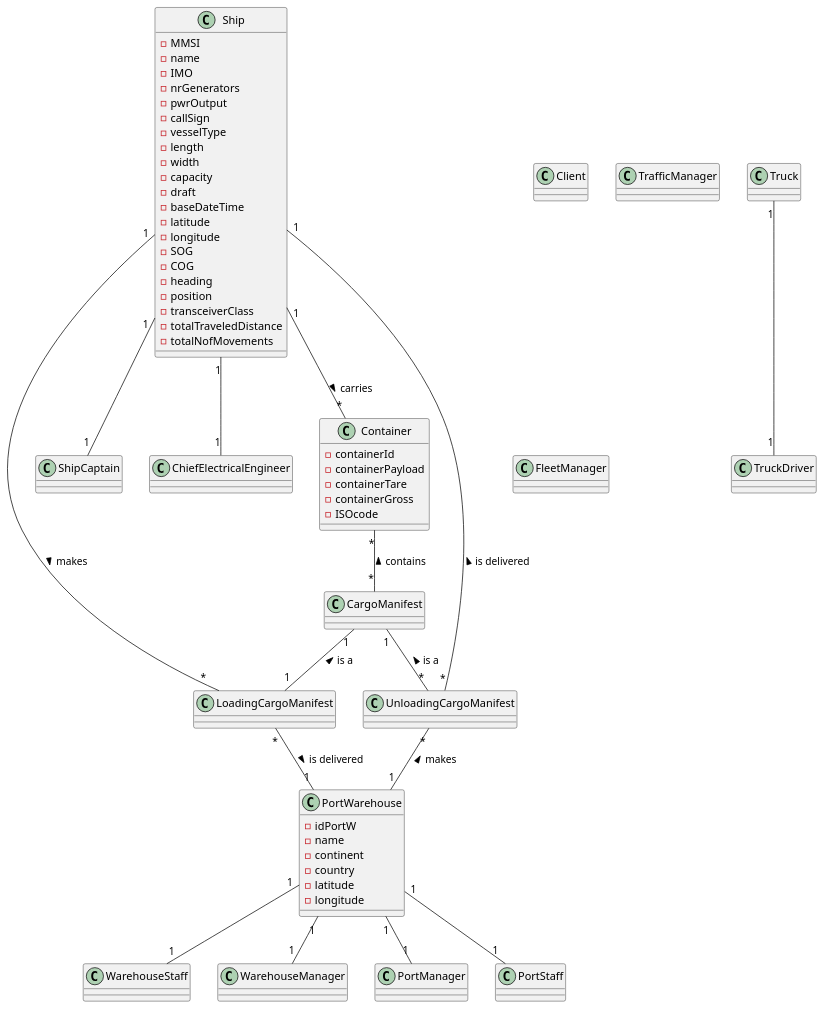
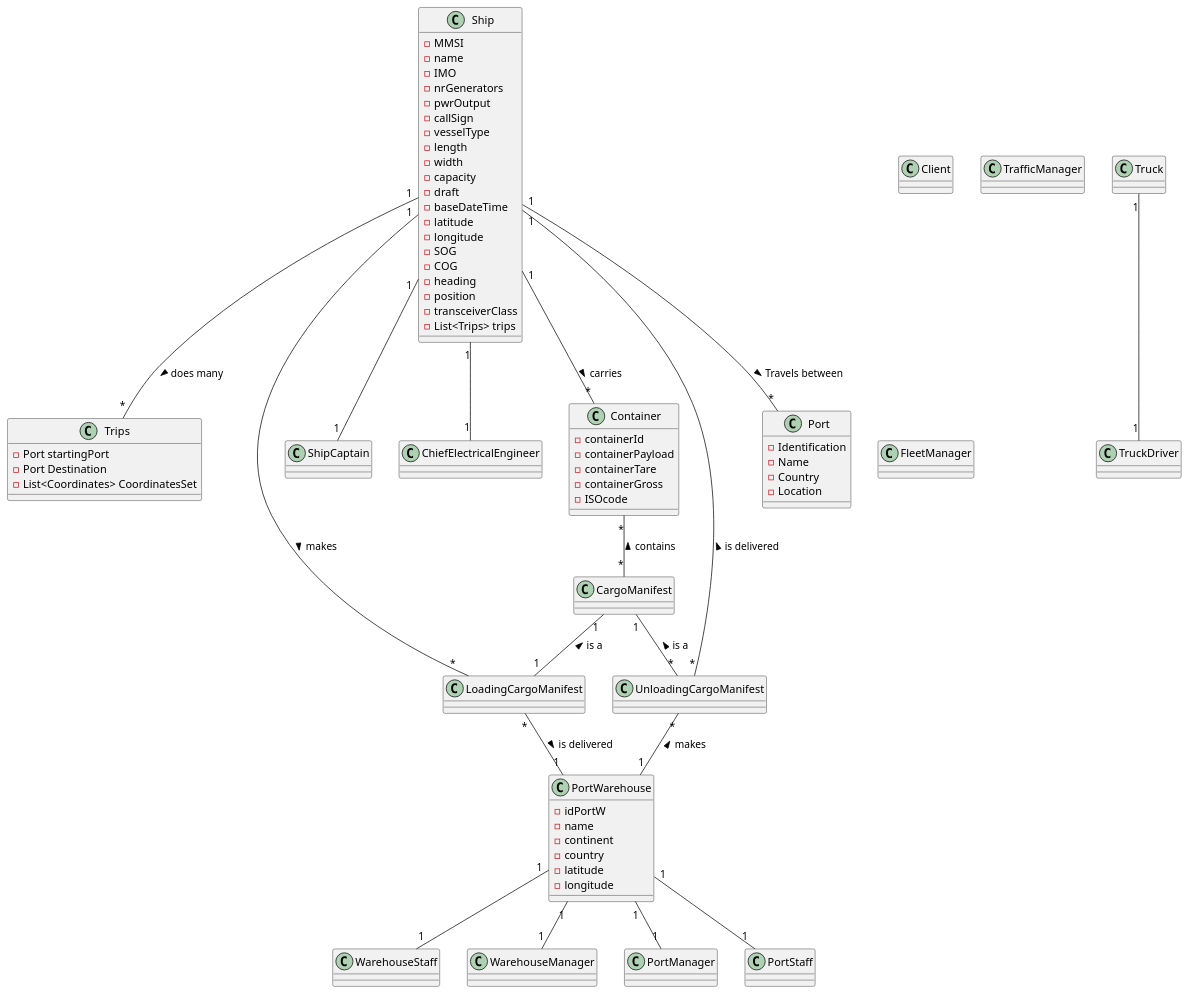
The diagram in docs/Sprint1/DM.puml (mpoboas/lapr3-2021-g102), drawn with PlantUML before and after one commit. The commit also changed 1 other file, not shown here.

```diff
--- a/docs/Sprint1/DM.puml
+++ b/docs/Sprint1/DM.puml
@@ -1,108 +1,120 @@
 @startuml
 'https://plantuml.com/class-diagram
 
 class Ship
 
 class Ship {
 -MMSI
 -name
 -IMO
 -nrGenerators
 -pwrOutput
 -callSign
 -vesselType
 -length
 -width
 -capacity
 -draft
 -baseDateTime
 -latitude
 -longitude
 -SOG
 -COG
 -heading
 -position
 -transceiverClass
--totalTraveledDistance
--totalNofMovements
+-List<Trips> trips
 }
-
+class Trips{
+-Port startingPort
+-Port Destination
+-List<Coordinates> CoordinatesSet
+}
 class Truck {
 }
 
 class Container {
 -containerId
 -containerPayload
 -containerTare
 -containerGross
 -ISOcode
 }
 
 class PortWarehouse {
 -idPortW
 -name
 -continent
 -country
 -latitude
 -longitude
 }
 
 class ShipCaptain {
 }
 
 class Client {
 }
 
 class TrafficManager {
 }
 
 class FleetManager {
 }
 
 class WarehouseStaff {
 }
 
 class WarehouseManager {
 }
 
 class PortManager {
 }
 
 class PortStaff {
 }
 
 class TrafficManager {
 }
 
 class TruckDriver {
 }
 
 class ChiefElectricalEngineer {
 }
 
 class CargoManifest {
 }
 
 class LoadingCargoManifest {
 }
 
 class UnloadingCargoManifest {
 }
 
+class Port{
+-Identification
+-Name
+-Country
+-Location
+}
+
 Ship "1" -- "*" Container : carries >
 Ship "1" -- "1" ShipCaptain
 Ship "1" -- "1" ChiefElectricalEngineer
 Ship "1" -- "*" LoadingCargoManifest : makes >
 Ship "1" -- "*" UnloadingCargoManifest : is delivered <
+Ship "1" -- "*" Port : Travels between >
+Ship "1" -- "*" Trips : does many >
 Container "*" -- "*" CargoManifest : contains <
 Truck "1" -- "1" TruckDriver
 PortWarehouse "1" -- "1" WarehouseManager
 PortWarehouse "1" -- "1" WarehouseStaff
 PortWarehouse "1" -- "1" PortManager
 PortWarehouse "1" -- "1" PortStaff
 LoadingCargoManifest "1" -u- "1" CargoManifest : is a >
 LoadingCargoManifest "*" -- "1" PortWarehouse : is delivered >
 UnloadingCargoManifest "*" -- "1" PortWarehouse : makes <
 UnloadingCargoManifest "*" -u- "1" CargoManifest : is a >
 
 @enduml
```
